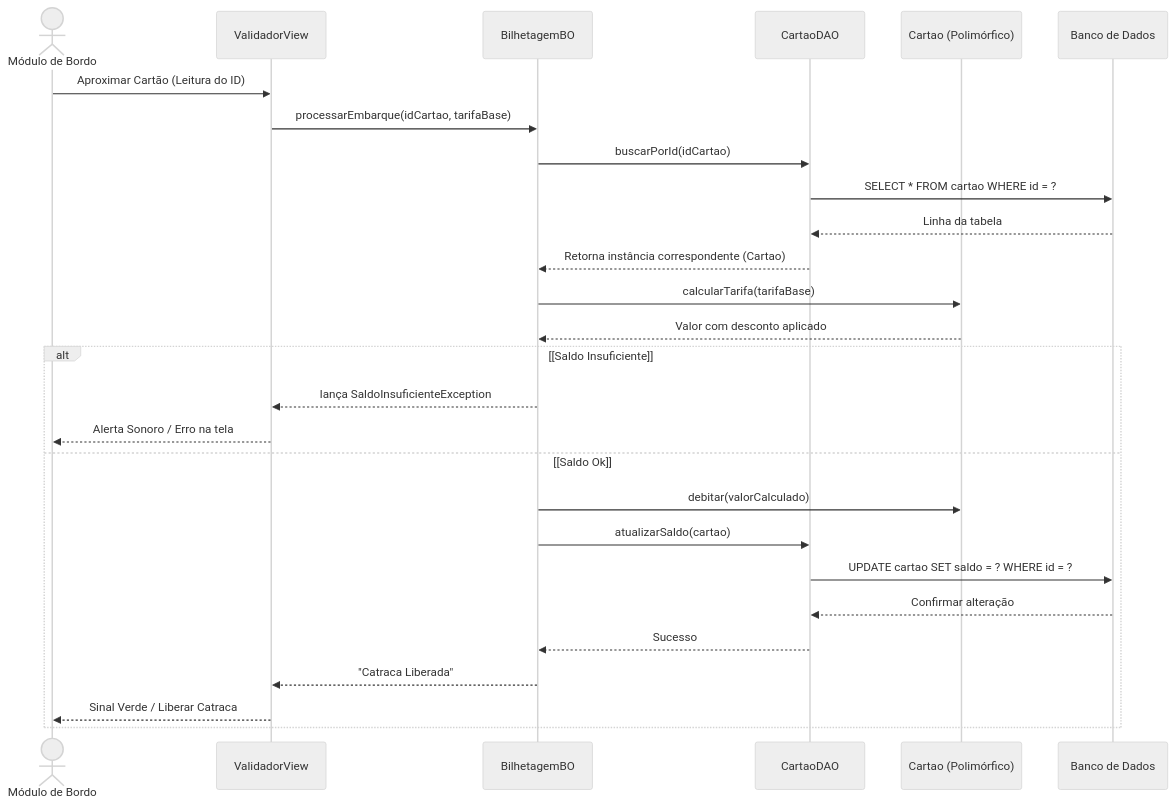
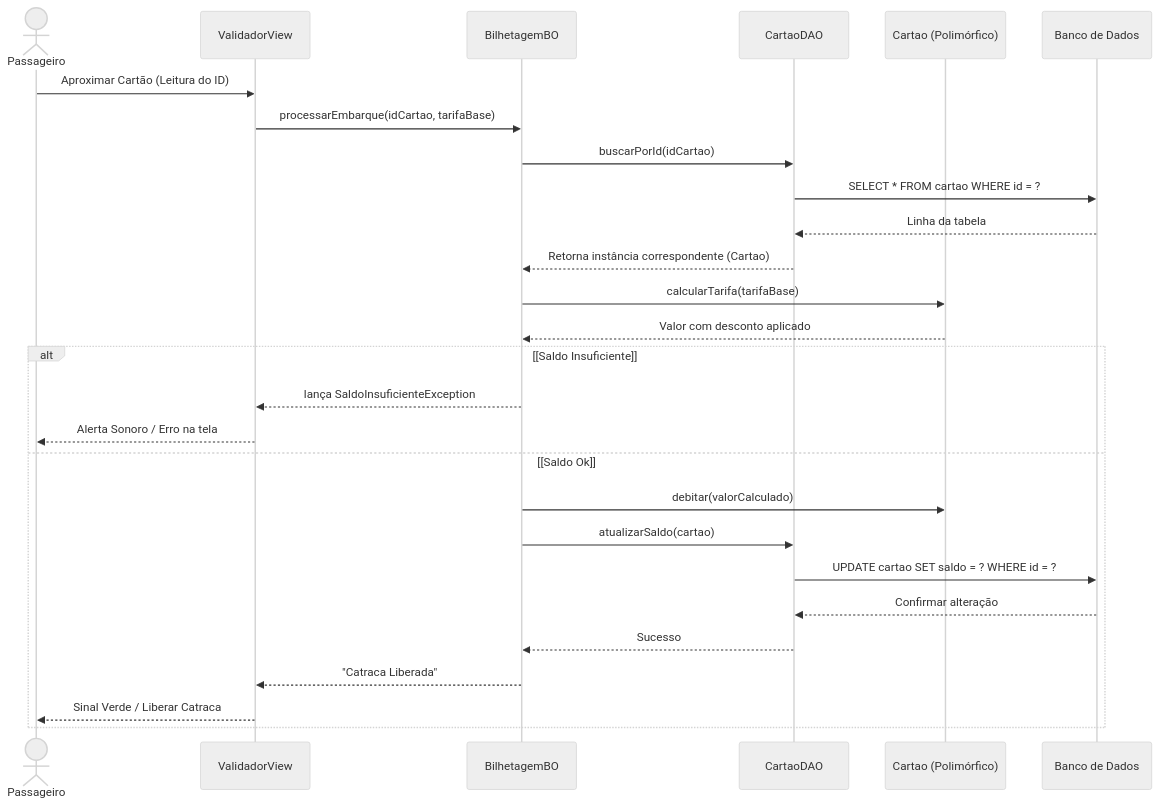
The fifth of 7 diagrams in README.md (raphaelphillipe023/Mobix), drawn with Mermaid (neutral theme) before and after one commit.

Commit message:
docs: atualizar diagrama de sequencia epico 2 funcionalidade 2

````diff
--- a/README.md
+++ b/README.md
@@ -439,31 +439,31 @@
 ```mermaid
 sequenceDiagram
-    actor MOD as Módulo de Bordo
+    actor MOD as Passageiro
     participant VV as ValidadorView
     participant BBO as BilhetagemBO
     participant CDA as CartaoDAO
     participant CAR as Cartao (Polimórfico)
     participant BD as Banco de Dados
 
     MOD ->> VV: Aproximar Cartão (Leitura do ID)
     VV ->> BBO: processarEmbarque(idCartao, tarifaBase)
     BBO ->> CDA: buscarPorId(idCartao)
     CDA ->> BD: SELECT * FROM cartao WHERE id = ?
     BD -->> CDA: Linha da tabela
     CDA -->> BBO: Retorna instância correspondente (Cartao)
     BBO ->> CAR: calcularTarifa(tarifaBase)
     CAR -->> BBO: Valor com desconto aplicado
 
     alt [Saldo Insuficiente]
         BBO -->> VV: lança SaldoInsuficienteException
         VV -->> MOD: Alerta Sonoro / Erro na tela
     else [Saldo Ok]
         BBO ->> CAR: debitar(valorCalculado)
         BBO ->> CDA: atualizarSaldo(cartao)
         CDA ->> BD: UPDATE cartao SET saldo = ? WHERE id = ?
         BD -->> CDA: Confirmar alteração
         CDA -->> BBO: Sucesso
         BBO -->> VV: "Catraca Liberada"
         VV -->> MOD: Sinal Verde / Liberar Catraca
     end
 ```
````
